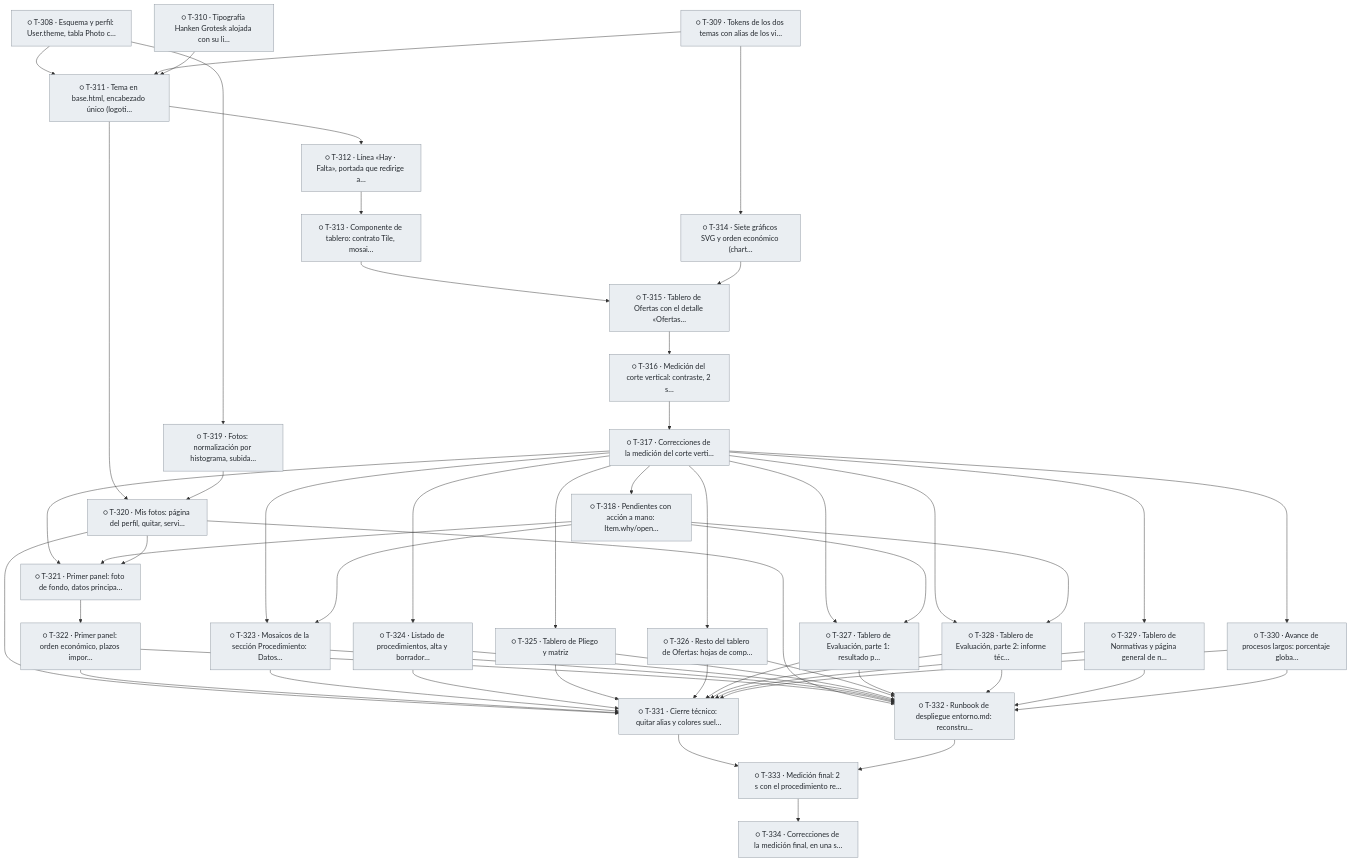
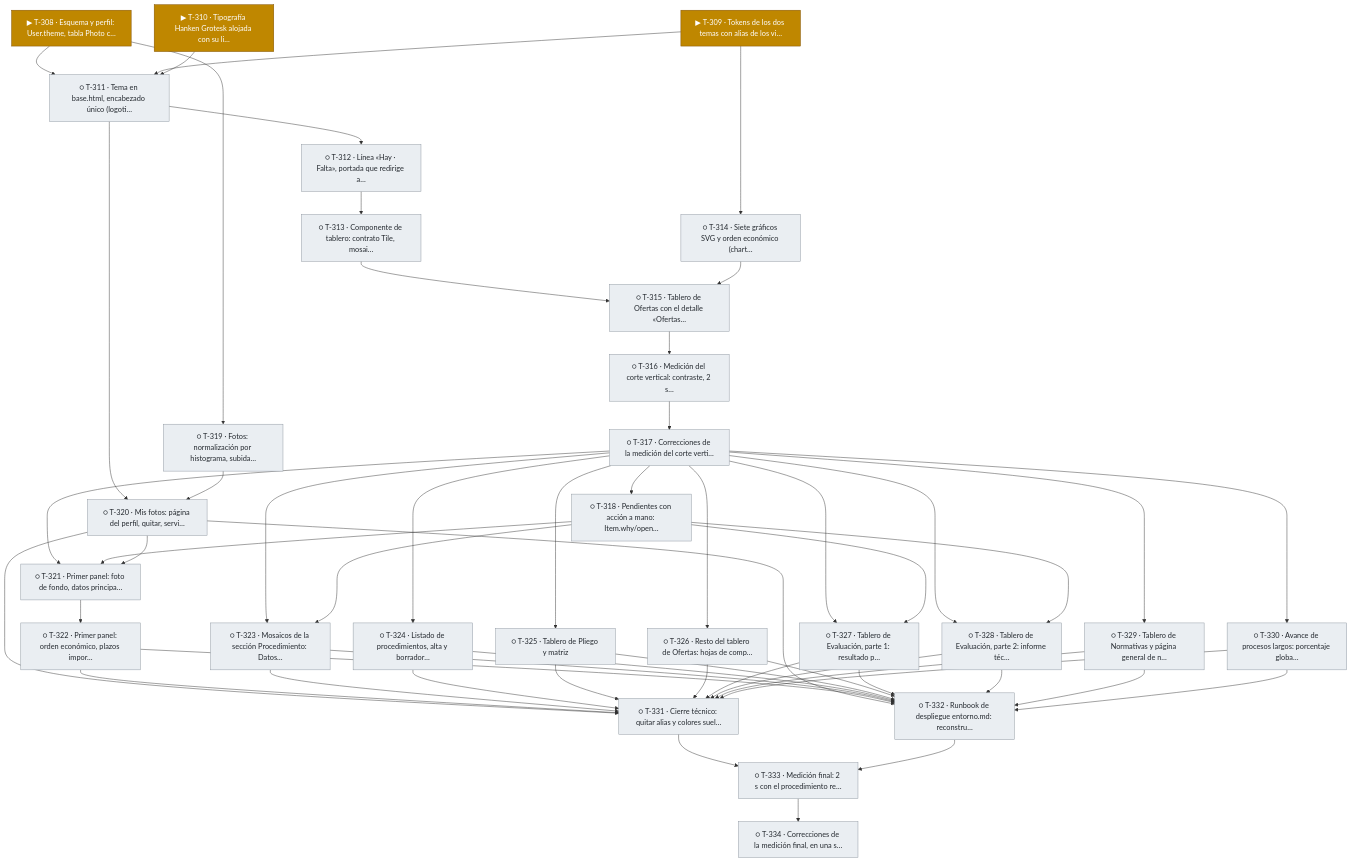
Before and after one commit to snavello/EVALUON: diagram 23 of 23 in docs/tablero.md, drawn with Mermaid. The commit also changed other lines of this file and 1 other file, not shown here.

````diff
--- a/docs/tablero.md
+++ b/docs/tablero.md
@@ -1745,8 +1745,8 @@
 ```mermaid
 flowchart TD
-  T308["○ T-308 · Esquema y perfil: User.theme, tabla Photo c…"]:::todo
-  T309["○ T-309 · Tokens de los dos temas con alias de los vi…"]:::todo
-  T310["○ T-310 · Tipografía Hanken Grotesk alojada con su li…"]:::todo
+  T308["▶ T-308 · Esquema y perfil: User.theme, tabla Photo c…"]:::active
+  T309["▶ T-309 · Tokens de los dos temas con alias de los vi…"]:::active
+  T310["▶ T-310 · Tipografía Hanken Grotesk alojada con su li…"]:::active
   T311["○ T-311 · Tema en base.html, encabezado único (logoti…"]:::todo
   T312["○ T-312 · Línea «Hay · Falta», portada que redirige a…"]:::todo
   T313["○ T-313 · Componente de tablero: contrato Tile, mosai…"]:::todo
````
